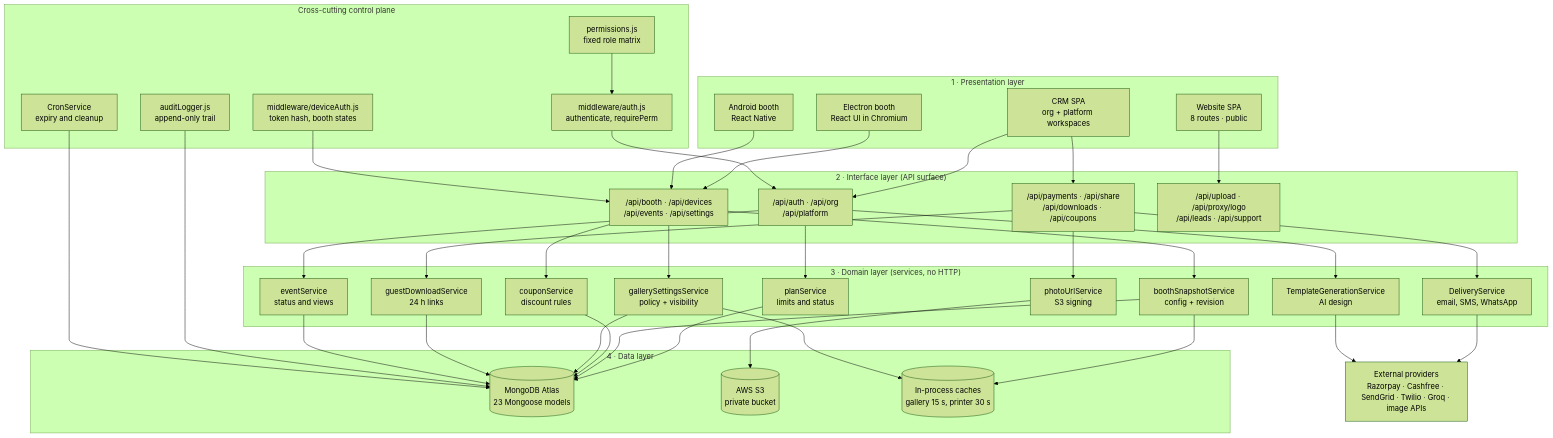
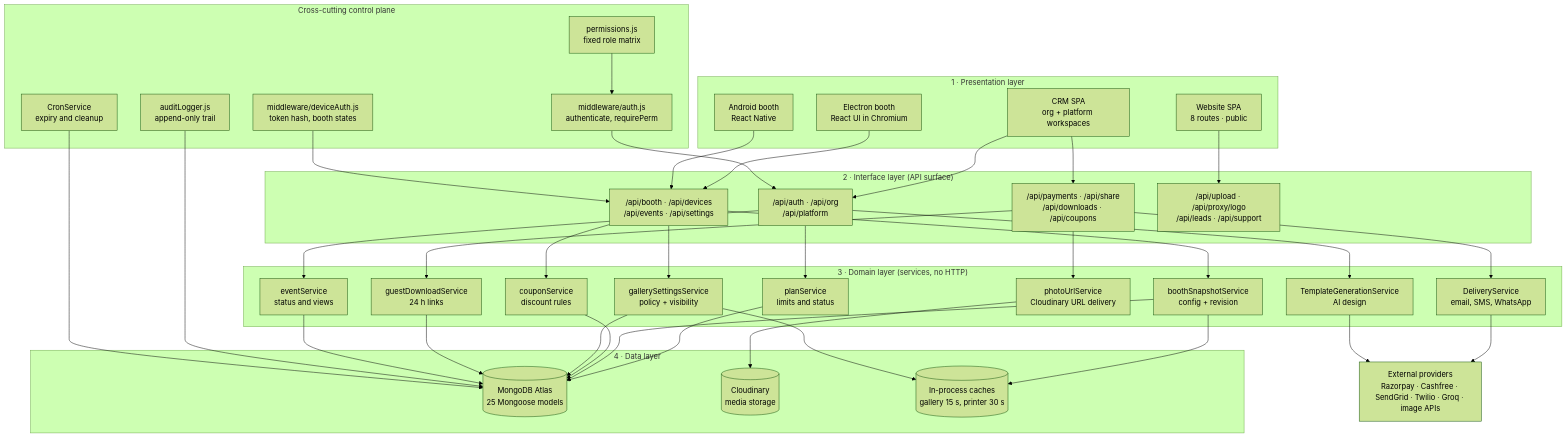
Diagram 19 of 29 in docs/DIAGRAMS.md (Krishna-Vineet/local), drawn with Mermaid (forest theme) before and after one commit. The commit also changed other lines of this file and 38 other files, not shown here.

````diff
--- a/docs/DIAGRAMS.md
+++ b/docs/DIAGRAMS.md
@@ -1441,75 +1446,75 @@
 ```mermaid
 flowchart TB
   subgraph L1["1 · Presentation layer"]
     W["Website SPA<br/>8 routes · public"]
     C["CRM SPA<br/>org + platform workspaces"]
     B1["Electron booth<br/>React UI in Chromium"]
     B2["Android booth<br/>React Native"]
   end
 
   subgraph L2["2 · Interface layer (API surface)"]
     R1["/api/auth · /api/org<br/>/api/platform"]
     R2["/api/booth · /api/devices<br/>/api/events · /api/settings"]
     R3["/api/payments · /api/share<br/>/api/downloads · /api/coupons"]
     R4["/api/upload · /api/proxy/logo<br/>/api/leads · /api/support"]
   end
 
   subgraph L3["3 · Domain layer (services, no HTTP)"]
     S1["planService<br/>limits and status"]
     S2["boothSnapshotService<br/>config + revision"]
     S3["couponService<br/>discount rules"]
     S4["gallerySettingsService<br/>policy + visibility"]
     S5["guestDownloadService<br/>24 h links"]
-    S6["photoUrlService<br/>S3 signing"]
+    S6["photoUrlService<br/>Cloudinary URL delivery"]
     S7["DeliveryService<br/>email, SMS, WhatsApp"]
     S8["TemplateGenerationService<br/>AI design"]
     S9["eventService<br/>status and views"]
   end
 
   subgraph L4["4 · Data layer"]
-    M[("MongoDB Atlas<br/>23 Mongoose models")]
-    O[("AWS S3<br/>private bucket")]
+    M[("MongoDB Atlas<br/>25 Mongoose models")]
+    O[("Cloudinary<br/>media storage")]
     K[("In-process caches<br/>gallery 15 s, printer 30 s")]
   end
 
   subgraph CP["Cross-cutting control plane"]
     P1["permissions.js<br/>fixed role matrix"]
     P2["middleware/auth.js<br/>authenticate, requirePerm"]
     P3["middleware/deviceAuth.js<br/>token hash, booth states"]
     P4["auditLogger.js<br/>append-only trail"]
     P5["CronService<br/>expiry and cleanup"]
   end
 
   X["External providers<br/>Razorpay · Cashfree · SendGrid · Twilio · Groq · image APIs"]
 
   W --> R4
   C --> R1
   B1 --> R2
   B2 --> R2
   C --> R3
   R1 --> S1
   R1 --> S9
   R2 --> S2
   R2 --> S3
   R2 --> S4
   R3 --> S5
   R3 --> S6
   R3 --> S7
   R1 --> S8
   S1 --> M
   S2 --> M
   S3 --> M
   S4 --> M
   S5 --> M
   S6 --> O
   S7 --> X
   S8 --> X
   S9 --> M
   S2 --> K
   S4 --> K
   P2 --> R1
   P3 --> R2
   P1 --> P2
   P4 --> M
   P5 --> M
 ```
````
